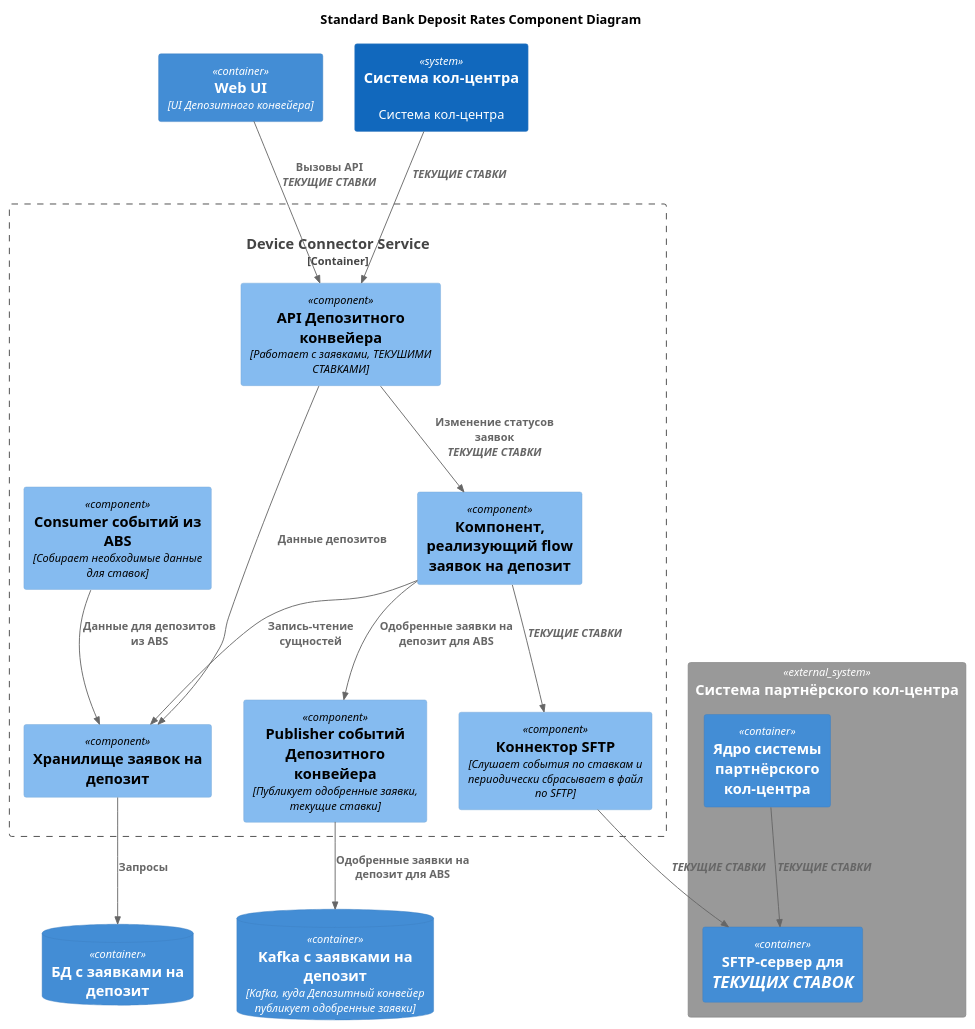
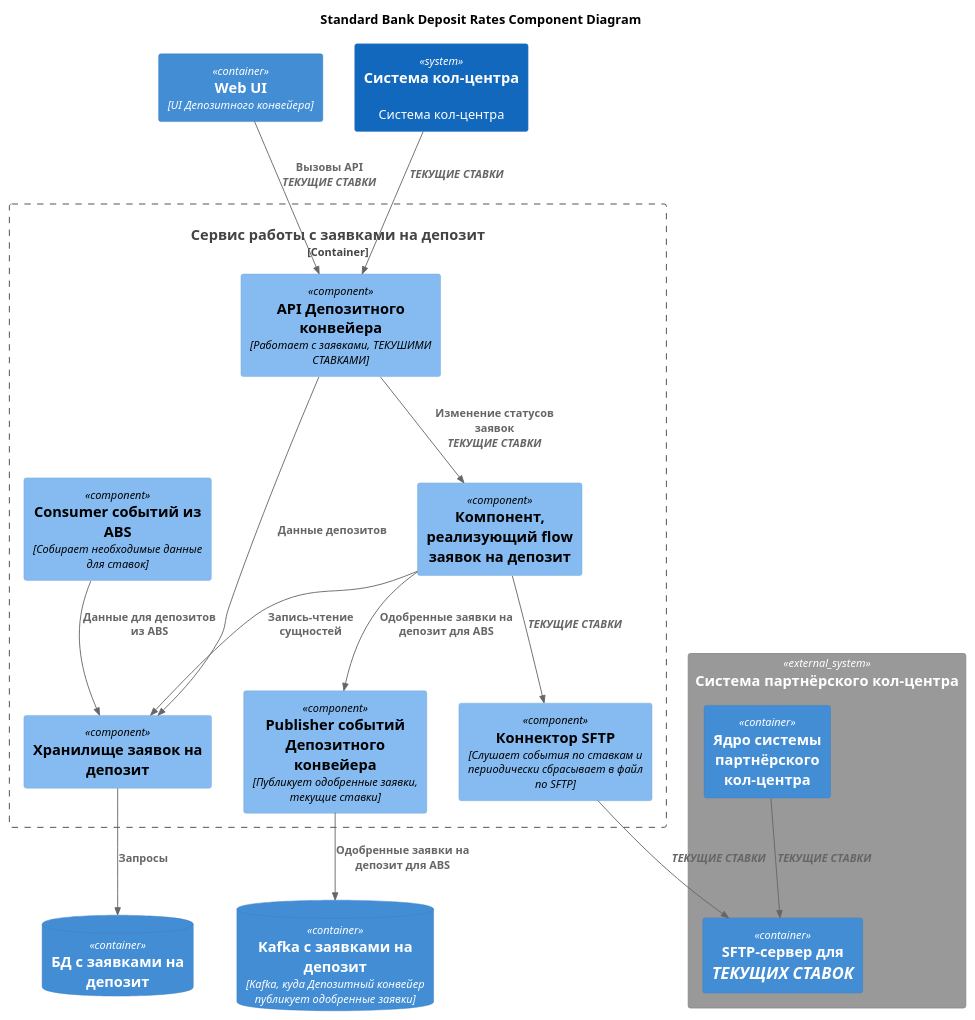
The diagram in Task4/Component.puml (El-76/architect-standard), drawn with PlantUML before and after one commit. The commit also changed 7 other files, not shown here.

```diff
--- a/Task4/Component.puml
+++ b/Task4/Component.puml
@@ -1,49 +1,49 @@
 @startuml StandardComponent
 
 title Standard Bank Deposit Rates Component Diagram
 
 !include <C4/C4_Component>
 
 Container(DepositConveyorUI, "Web UI", "UI Депозитного конвейера")
 
-Container_Boundary(DepositRepositoryService, "Device Connector Service", "Service", "Handles user interactions and system management") {
+Container_Boundary(DepositRepositoryService, "Сервис работы с заявками на депозит") {
     Component(DepositRepositoryAPI, "API Депозитного конвейера", "Работает с заявками, <i>ТЕКУШИМИ СТАВКАМИ</i>")
     Component(ABSEventsListener, "Consumer событий из ABS", "Собирает необходимые данные для ставок")
     Component(DepositEventsPublisher, "Publisher событий Депозитного конвейера", "Публикует одобренные заявки, текущие ставки")
     Component(DepositRatesSFTPExporter, "Коннектор SFTP", "Слушает события по ставкам и периодически сбрасывает в файл по SFTP")
     Component(DepositStorage, "Хранилище заявок на депозит")
     Component(DepositFlowComponent, "Компонент, реализующий flow заявок на депозит")
 
     Rel(ABSEventsListener, DepositStorage, "Данные для депозитов из ABS")
     Rel(DepositFlowComponent, DepositStorage, "Запись-чтение сущностей")
     Rel(DepositRepositoryAPI, DepositFlowComponent, "Изменение статусов заявок\n<i>ТЕКУЩИЕ СТАВКИ</i>")
     Rel(DepositRepositoryAPI, DepositStorage, "Данные депозитов")
 
     Rel(DepositFlowComponent, DepositEventsPublisher, "Одобренные заявки на депозит для ABS")
     Rel(DepositFlowComponent, DepositRatesSFTPExporter, "<i>ТЕКУЩИЕ СТАВКИ</i>")
 }
 
 Rel(DepositConveyorUI, DepositRepositoryAPI, "Вызовы API\n<i>ТЕКУЩИЕ СТАВКИ</i>")
 
 ContainerDb(DepositRepositoryDatabase, "БД с заявками на депозит")
 
 Rel(DepositStorage, DepositRepositoryDatabase, "Запросы")
 
 ContainerDb(DepositMessageQueuee, "Kafka с заявками на депозит", "Kafka, куда Депозитный конвейер публикует одобренные заявки")
 
 Rel(DepositEventsPublisher, DepositMessageQueuee, "Одобренные заявки на депозит для ABS")
 
 System(CRM, "Система кол-центра","Система кол-центра")
 
 Rel(CRM, DepositRepositoryAPI, "<i>ТЕКУЩИЕ СТАВКИ</i>")
 
 System_Ext(PartnerCRM, "Система партнёрского кол-центра") {
     Container(PartnerCRMCore, "Ядро системы партнёрского кол-центра")
     Container(PartnerCRMSFTPServer, "SFTP-сервер для <i>ТЕКУЩИХ СТАВОК</i>")
 
     Rel(PartnerCRMCore, PartnerCRMSFTPServer, "<i>ТЕКУЩИЕ СТАВКИ</i>")
 }
 
 Rel(DepositRatesSFTPExporter, PartnerCRMSFTPServer, "<i>ТЕКУЩИЕ СТАВКИ</i>")
 
 @enduml
```
